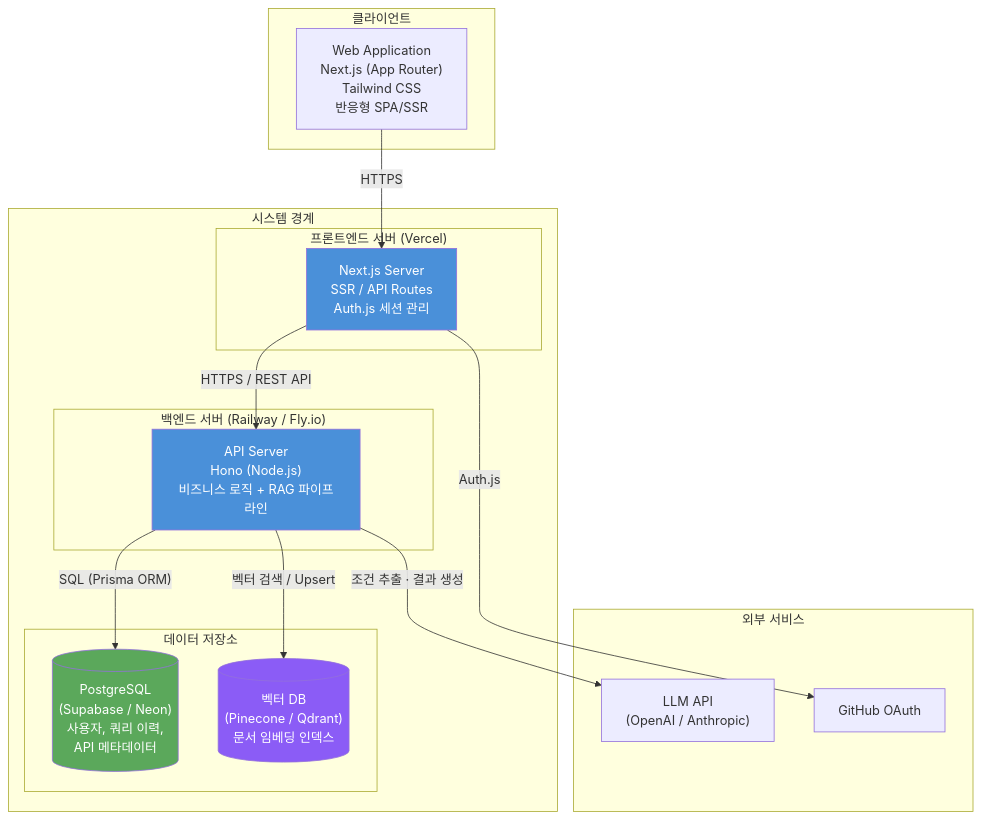
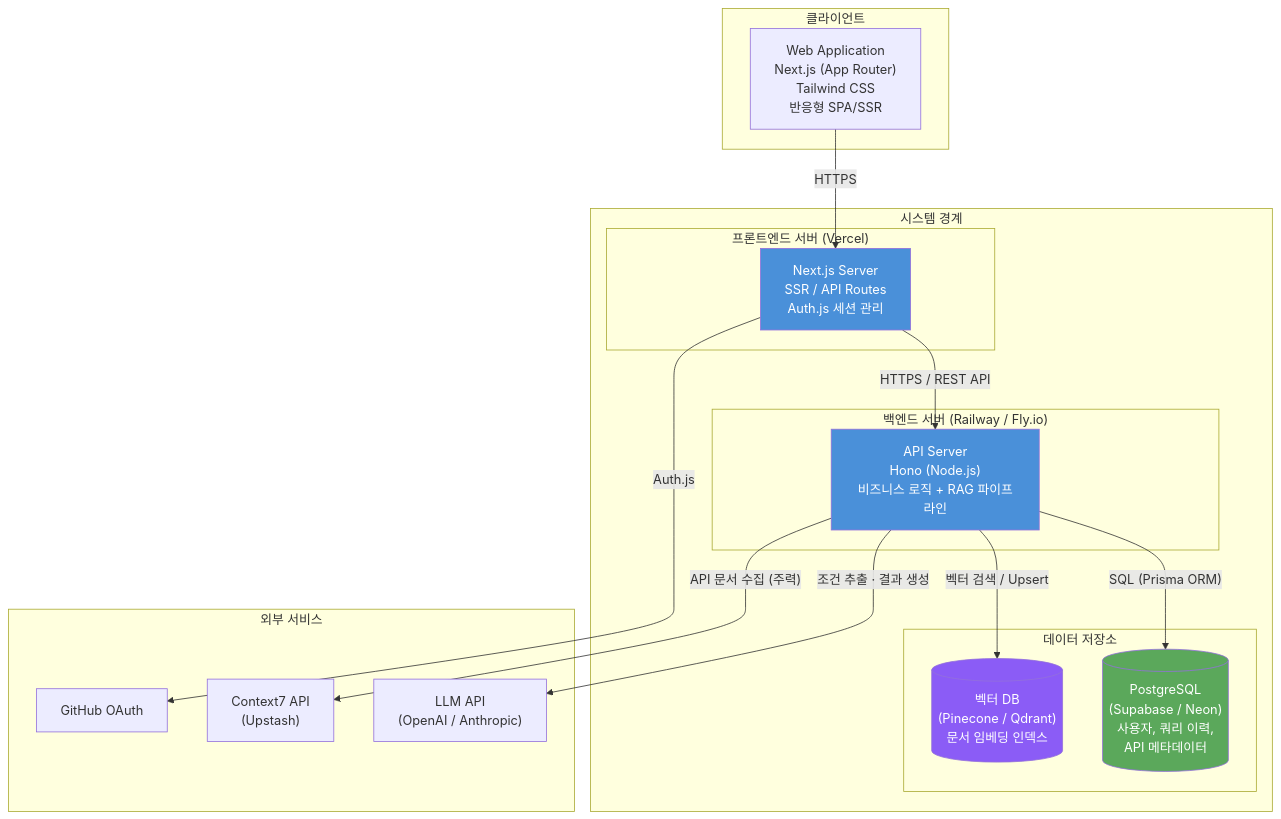
Before and after one commit to johunsang/api-intel: the second of 8 diagrams in docs/02-시스템설계/시스템아키텍처설계서-SAD.md, drawn with Mermaid. The commit also changed other lines of this file and 91 other files, not shown here.

````diff
--- a/docs/02-시스템설계/시스템아키텍처설계서-SAD.md
+++ b/docs/02-시스템설계/시스템아키텍처설계서-SAD.md
@@ -133,38 +135,40 @@
 ```mermaid
 flowchart TB
     subgraph 클라이언트
         WEB["Web Application<br/>Next.js (App Router)<br/>Tailwind CSS<br/>반응형 SPA/SSR"]
     end
 
     subgraph "시스템 경계"
         subgraph "프론트엔드 서버 (Vercel)"
             NEXT["Next.js Server<br/>SSR / API Routes<br/>Auth.js 세션 관리"]
         end
 
         subgraph "백엔드 서버 (Railway / Fly.io)"
             API["API Server<br/>Hono (Node.js)<br/>비즈니스 로직 + RAG 파이프라인"]
         end
 
         subgraph "데이터 저장소"
             PG[("PostgreSQL<br/>(Supabase / Neon)<br/>사용자, 쿼리 이력,<br/>API 메타데이터")]
             PINECONE[("벡터 DB<br/>(Pinecone / Qdrant)<br/>문서 임베딩 인덱스")]
         end
     end
 
     subgraph 외부 서비스
         LLM["LLM API<br/>(OpenAI / Anthropic)"]
         GITHUB["GitHub OAuth"]
+        CTX7_SVC["Context7 API<br/>(Upstash)"]
     end
 
     WEB -->|"HTTPS"| NEXT
     NEXT -->|"HTTPS / REST API"| API
     NEXT -->|"Auth.js"| GITHUB
     API -->|"SQL (Prisma ORM)"| PG
     API -->|"벡터 검색 / Upsert"| PINECONE
     API -->|"조건 추출 · 결과 생성"| LLM
+    API -->|"API 문서 수집 (주력)"| CTX7_SVC
 
     style NEXT fill:#4A90D9,color:#fff
     style API fill:#4A90D9,color:#fff
     style PG fill:#5BA85B,color:#fff
     style PINECONE fill:#8B5CF6,color:#fff
 ```
````
